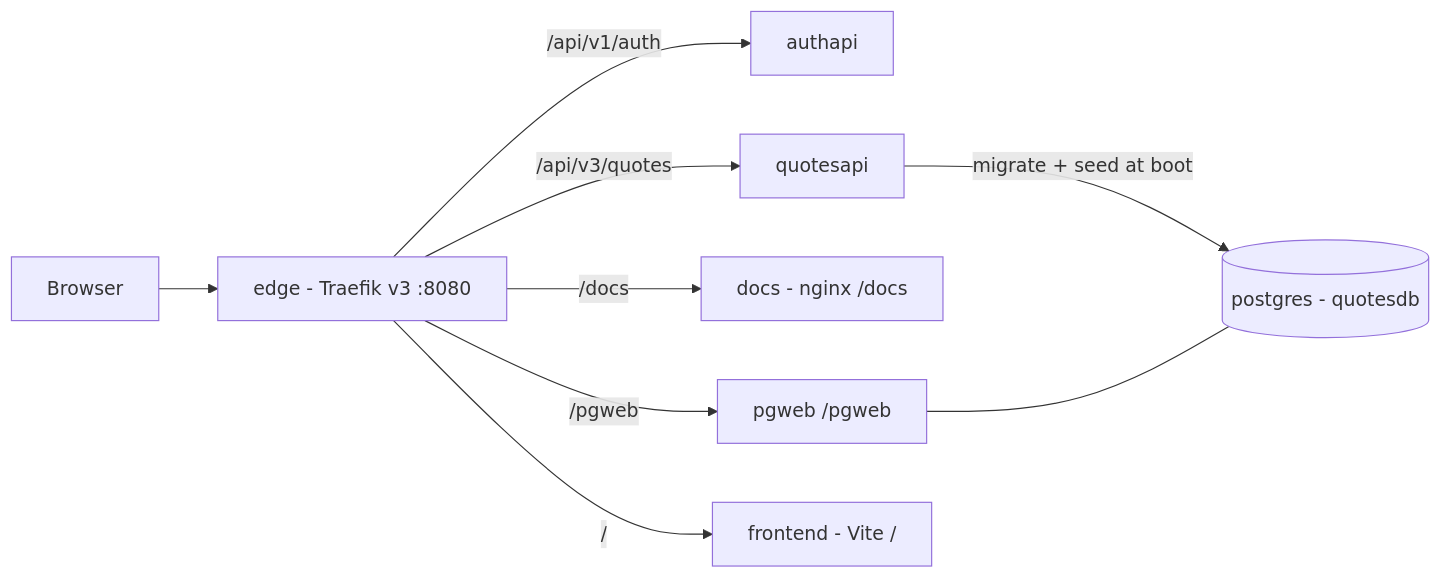
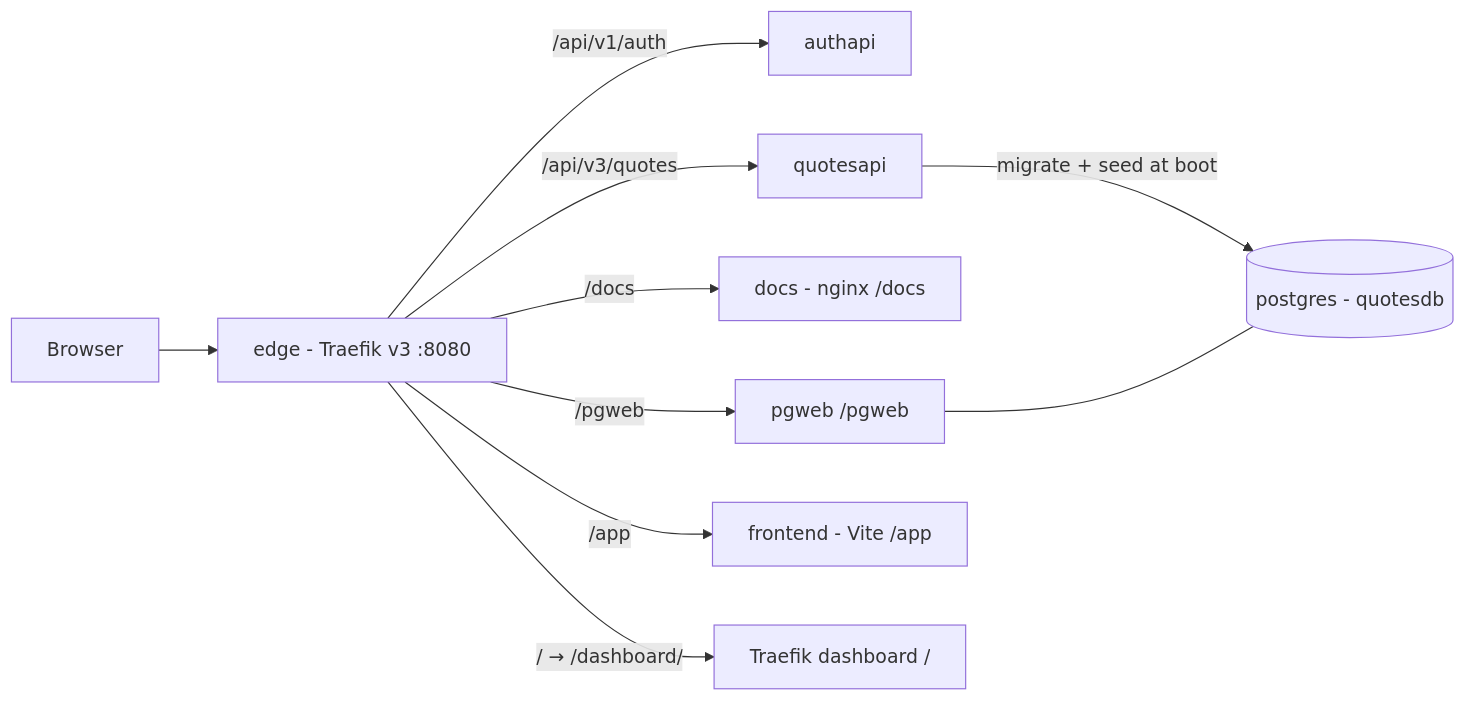
Before and after one commit to josnelihurt/code.examples.go.quotes: the first of 2 diagrams in docs/architecture.md, drawn with Mermaid. The commit also changed other lines of this file and 8 other files, not shown here.

Commit message:
feat: serve the traefik dashboard as the edge default route

````diff
--- a/docs/architecture.md
+++ b/docs/architecture.md
@@ -20,20 +20,22 @@
 ```mermaid
 flowchart LR
   user["Browser"]
   edge["edge - Traefik v3 :8080"]
   auth["authapi"]
   quotes["quotesapi"]
   pg[("postgres - quotesdb")]
   docs["docs - nginx /docs"]
   pgweb["pgweb /pgweb"]
-  vite["frontend - Vite /"]
+  vite["frontend - Vite /app"]
+  dash["Traefik dashboard /"]
 
   user --> edge
   edge -->|"/api/v1/auth"| auth
   edge -->|"/api/v3/quotes"| quotes
   edge -->|"/docs"| docs
   edge -->|"/pgweb"| pgweb
-  edge -->|"/"| vite
+  edge -->|"/app"| vite
+  edge -->|"/ → /dashboard/"| dash
   quotes -->|migrate + seed at boot| pg
   pgweb --- pg
 ```
````
